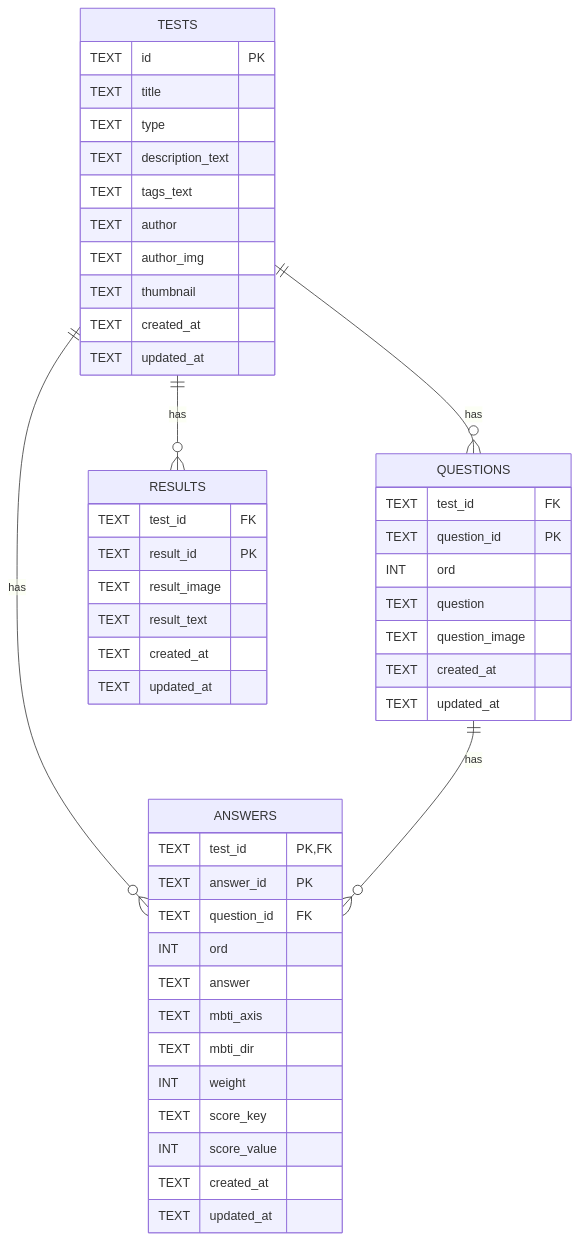
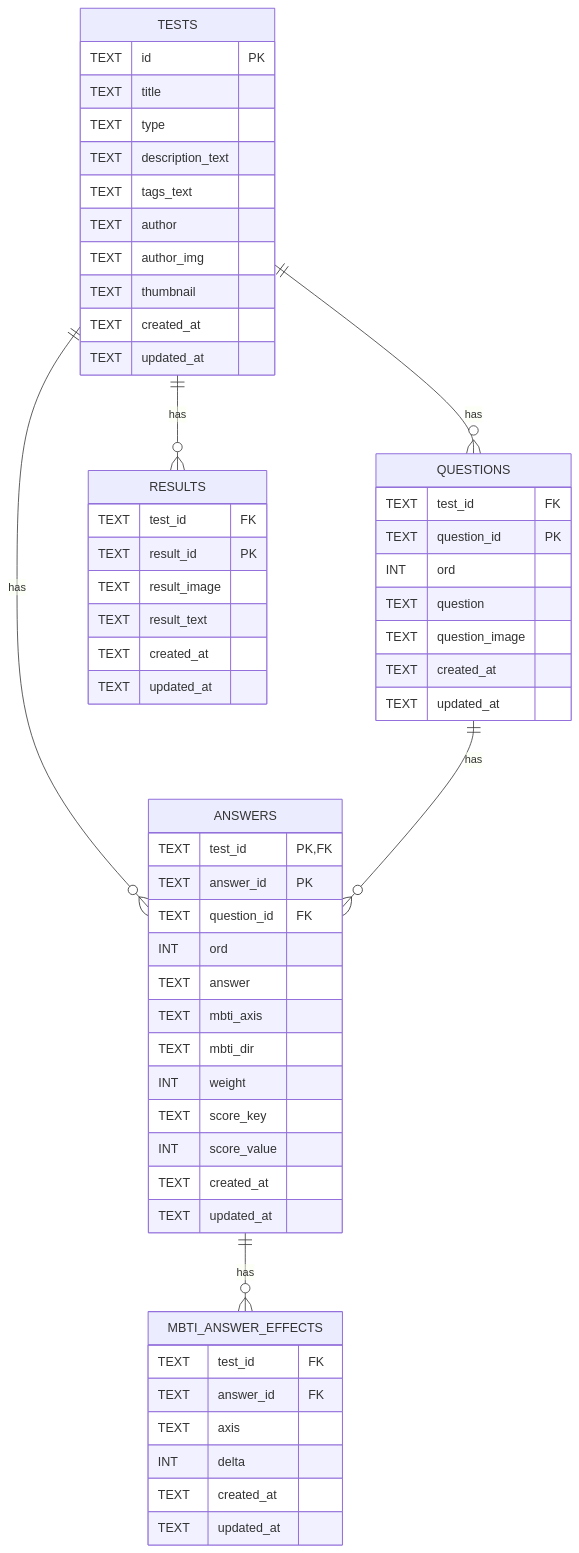
Before and after one commit to DreamProjectKR/MBTITest: the diagram in docs/ERD.md, drawn with Mermaid. The commit also changed other lines of this file and 10 other files, not shown here.

First line of the commit message:
Implement MBTI answer effects and enhance test management features

````diff
--- a/docs/ERD.md
+++ b/docs/ERD.md
@@ -10,54 +10,64 @@
 ```mermaid
 erDiagram
   TESTS ||--o{ QUESTIONS : has
   TESTS ||--o{ ANSWERS : has
   QUESTIONS ||--o{ ANSWERS : has
   TESTS ||--o{ RESULTS : has
+  ANSWERS ||--o{ MBTI_ANSWER_EFFECTS : has
 
   TESTS {
     TEXT id PK
     TEXT title
     TEXT type
     TEXT description_text
     TEXT tags_text
     TEXT author
     TEXT author_img
     TEXT thumbnail
     TEXT created_at
     TEXT updated_at
   }
 
   QUESTIONS {
     TEXT test_id FK
     TEXT question_id PK
     INT ord
     TEXT question
     TEXT question_image
     TEXT created_at
     TEXT updated_at
   }
 
   ANSWERS {
     TEXT test_id PK, FK
     TEXT answer_id PK
     TEXT question_id FK
     INT ord
     TEXT answer
     TEXT mbti_axis
     TEXT mbti_dir
     INT weight
     TEXT score_key
     INT score_value
     TEXT created_at
     TEXT updated_at
   }
 
+  MBTI_ANSWER_EFFECTS {
+    TEXT test_id FK
+    TEXT answer_id FK
+    TEXT axis
+    INT delta
+    TEXT created_at
+    TEXT updated_at
+  }
+
   RESULTS {
     TEXT test_id FK
     TEXT result_id PK
     TEXT result_image
     TEXT result_text
     TEXT created_at
     TEXT updated_at
   }
 ```
````
